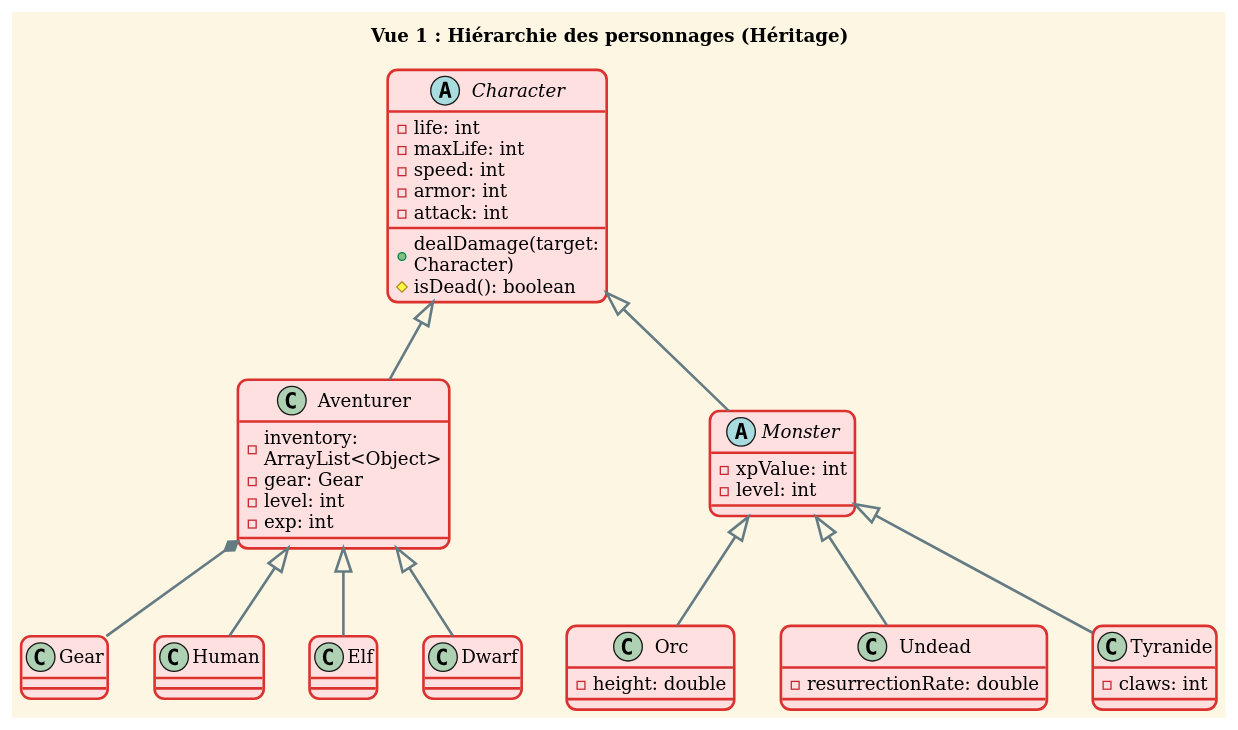
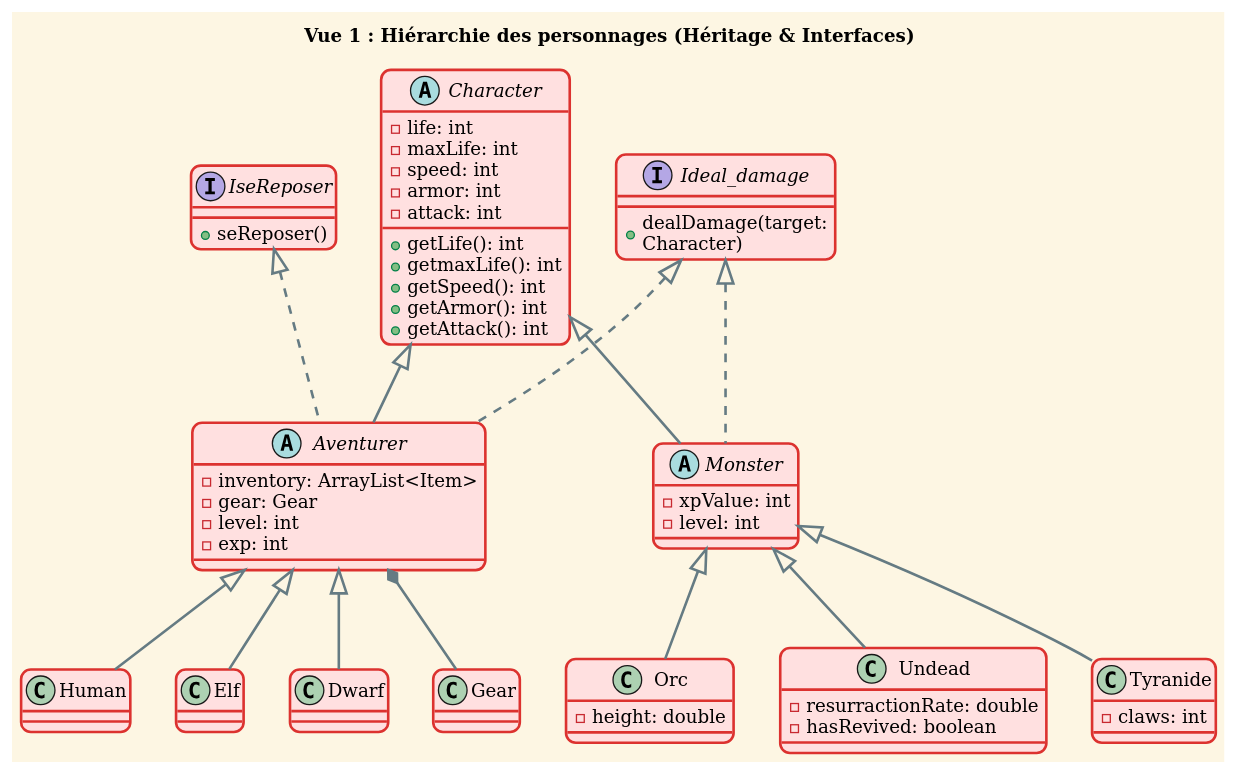
The first of 4 diagrams in app/src/main/java/projet/Architecture/Architecture.md (Leo-LTdev/JavaGradle), drawn with PlantUML before and after one commit. The commit also changed other lines of this file, not shown here.

````diff
--- a/app/src/main/java/projet/Architecture/Architecture.md
+++ b/app/src/main/java/projet/Architecture/Architecture.md
@@ -2,60 +2,77 @@
 ```plantuml
 @startuml
 !theme sunlust
-title Vue 1 : Hiérarchie des personnages (Héritage)
+title Vue 1 : Hiérarchie des personnages (Héritage & Interfaces)
+
+interface Ideal_damage {
+  + dealDamage(target: Character)
+}
+
+interface IseReposer {
+  + seReposer()
+}
 
 abstract class Character {
   - life: int
   - maxLife: int
   - speed: int
   - armor: int
   - attack: int
-  + dealDamage(target: Character)
-  # isDead(): boolean
+  + getLife(): int
+  + getmaxLife(): int
+  + getSpeed(): int
+  + getArmor(): int
+  + getAttack(): int
 }
 
 class Gear
 
-class Aventurer {
-  - inventory: ArrayList<Object>
+abstract class Aventurer {
+  - inventory: ArrayList<Item>
   - gear: Gear
   - level: int
   - exp: int
 }
 
 abstract class Monster {
   - xpValue: int
   - level: int
 }
 
 class Human
 class Elf
 class Dwarf
 class Orc { 
   - height: double 
   }
   
 class Undead { 
-  - resurrectionRate: double 
+  - resurractionRate: double
+  - hasRevived: boolean
   }
 class Tyranide { 
   - claws: int 
   }
 
 ' Relations d'Héritage
 Character <|-- Aventurer
 Character <|-- Monster
 
 Aventurer <|-- Human
 Aventurer <|-- Elf
 Aventurer <|-- Dwarf
 
 Monster <|-- Orc
 Monster <|-- Undead
 Monster <|-- Tyranide
 
+' Implémentation des Interfaces
+Ideal_damage <|.. Aventurer
+Ideal_damage <|.. Monster
+IseReposer <|.. Aventurer
+
 ' Relation de Composition
 Aventurer *-- Gear
 
 @enduml
 ```
````
